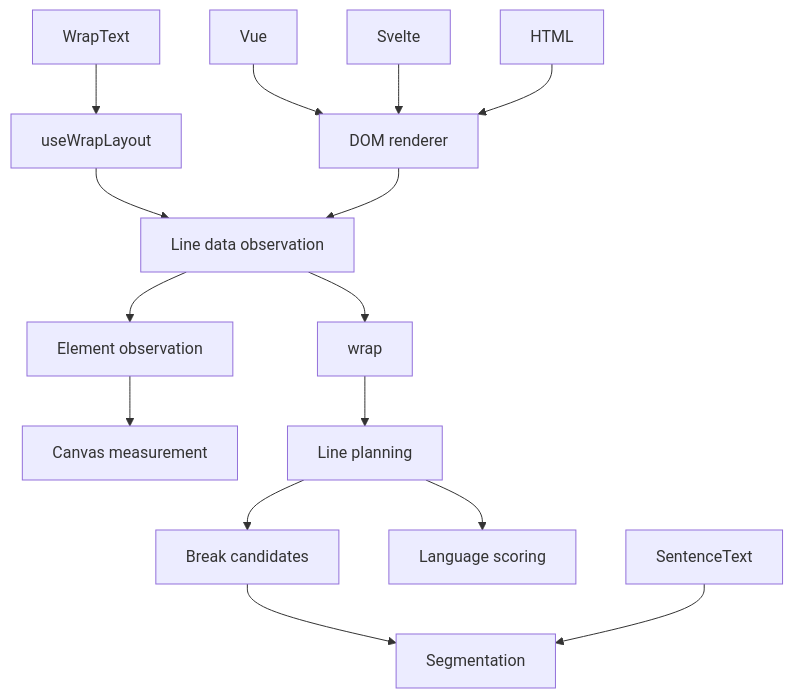
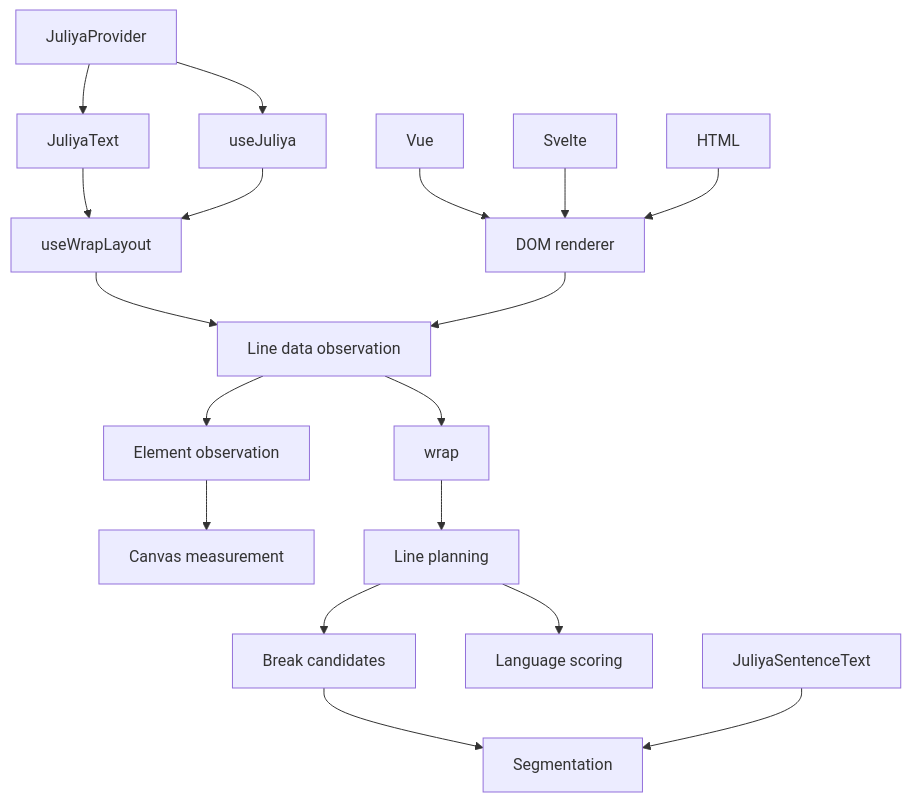
The diagram in docs/ARCHITECTURE.md (Oddmash/juliya), drawn with Mermaid before and after one commit. The commit also changed other lines of this file and 29 other files, not shown here.

````diff
--- a/docs/ARCHITECTURE.md
+++ b/docs/ARCHITECTURE.md
@@ -52,17 +55,20 @@
 ```mermaid
 flowchart TD
-    Client[WrapText] --> Hook[useWrapLayout]
+    Provider[JuliyaProvider] --> Client[JuliyaText]
+    Provider --> Custom[useJuliya]
+    Client --> Hook[useWrapLayout]
+    Custom --> Hook
     Hook --> Observer[Line data observation]
     Vue --> Render[DOM renderer]
     Svelte --> Render
     HTML --> Render
     Render --> Observer
     Observer --> DOM[Element observation]
     DOM --> Canvas[Canvas measurement]
     Observer --> Wrap[wrap]
     Wrap --> Plan[Line planning]
     Plan --> Bounds[Break candidates]
     Plan --> Score[Language scoring]
     Bounds --> Seg[Segmentation]
-    Server[SentenceText] --> Seg
+    Server[JuliyaSentenceText] --> Seg
 ```
````
